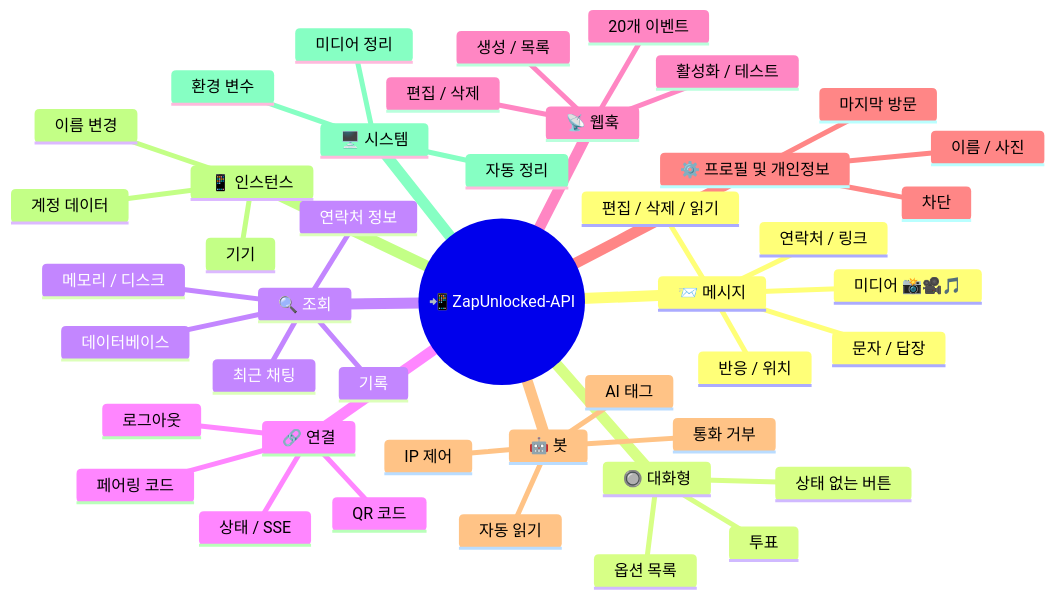
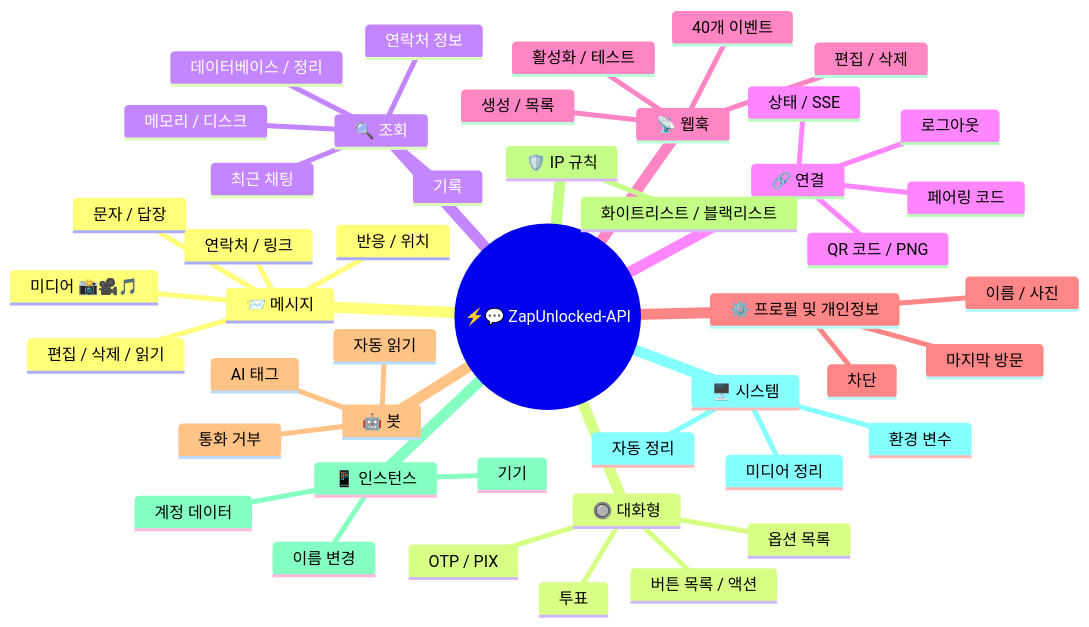
One commit to kauafpssx/ZapUnlocked-API changed the first of 2 diagrams in docs/translations/ko.md. Above: the diagram before and after it, drawn with Mermaid. The commit also changed other lines of this file and 23 other files, not shown here.

````diff
--- a/docs/translations/ko.md
+++ b/docs/translations/ko.md
@@ -52,47 +55,49 @@
 ```mermaid
 mindmap
-  root((📲 ZapUnlocked-API))
+  root((⚡💬 ZapUnlocked-API))
     📨 메시지
       문자 / 답장
       미디어 📸🎥🎵
       반응 / 위치
       연락처 / 링크
       편집 / 삭제 / 읽기
     🔘 대화형
-      상태 없는 버튼
+      버튼 목록 / 액션
+      OTP / PIX
       옵션 목록
       투표
     🔍 조회
       연락처 정보
       기록
       최근 채팅
       메모리 / 디스크
-      데이터베이스
+      데이터베이스 / 정리
     🔗 연결
       상태 / SSE
-      QR 코드
+      QR 코드 / PNG
       페어링 코드
       로그아웃
     📡 웹훅
-      생성 / 목록
-      편집 / 삭제
-      활성화 / 테스트
-      20개 이벤트
+       생성 / 목록
+       편집 / 삭제
+       활성화 / 테스트
+       40개 이벤트
     ⚙️ 프로필 및 개인정보
       이름 / 사진
       마지막 방문
       차단
     🤖 봇
       AI 태그
-      IP 제어
       통화 거부
       자동 읽기
+    🛡️ IP 규칙
+      화이트리스트 / 블랙리스트
     📱 인스턴스
       계정 데이터
       기기
       이름 변경
     🖥️ 시스템
       환경 변수
       미디어 정리
       자동 정리
 ```
````
